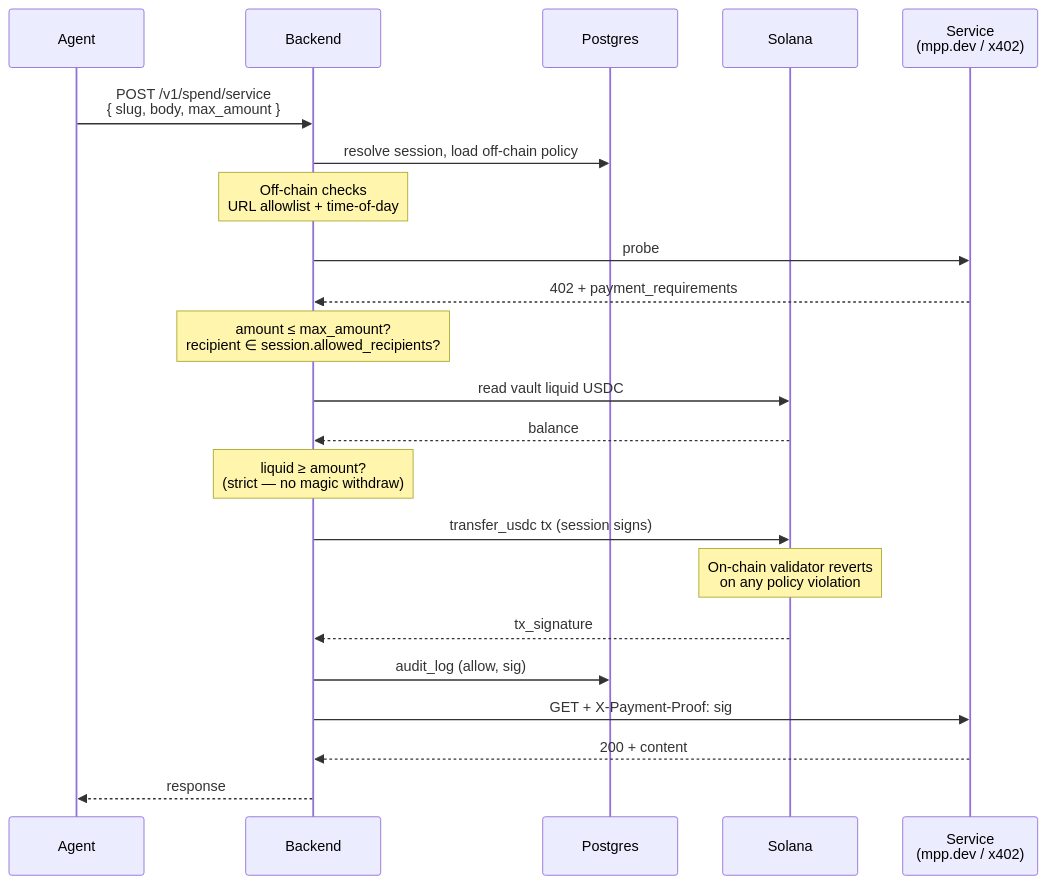
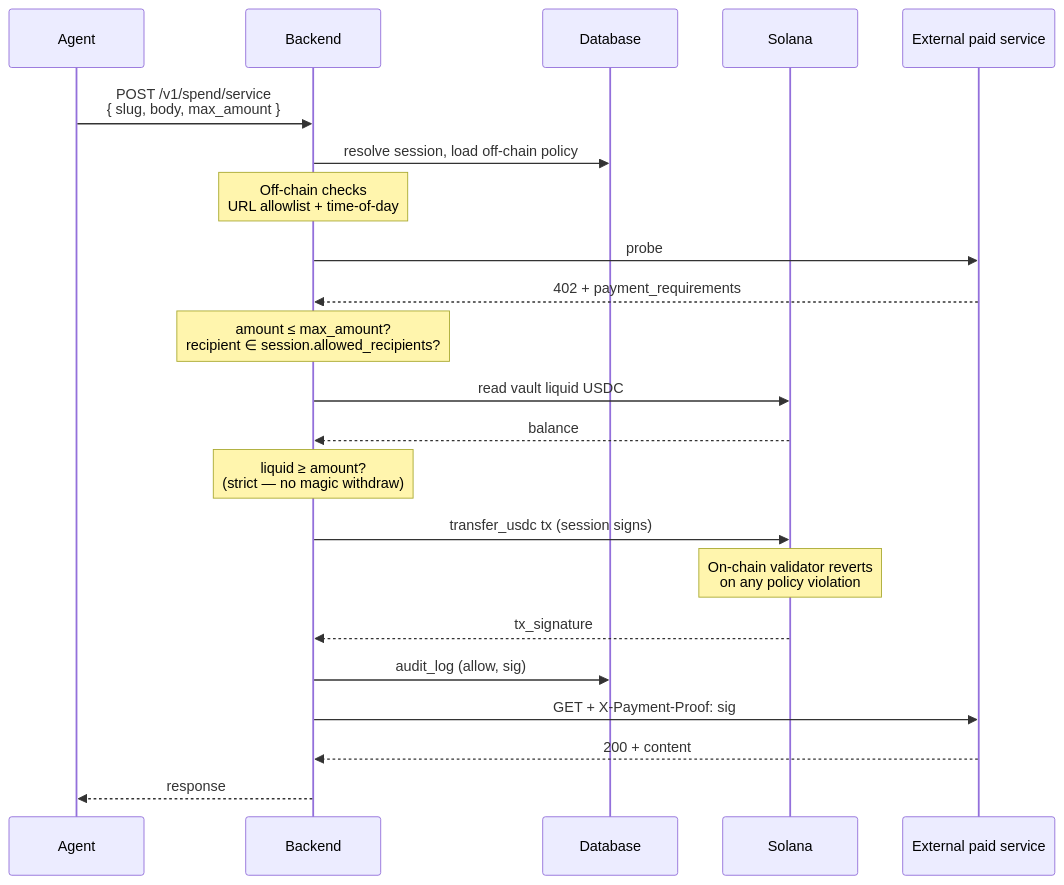
Before and after one commit to manjeetsharma0796/klink: the second of 2 diagrams in gitbook/architecture/overview.md, drawn with Mermaid. The commit also changed other lines of this file and 25 other files, not shown here.

````diff
--- a/gitbook/architecture/overview.md
+++ b/gitbook/architecture/overview.md
@@ -84,25 +82,25 @@
 ```mermaid
 sequenceDiagram
     participant Agent
     participant Backend
-    participant Postgres
+    participant DB as Database
     participant Solana
-    participant Service as Service<br/>(mpp.dev / x402)
+    participant Service as External paid service
 
     Agent->>Backend: POST /v1/spend/service<br/>{ slug, body, max_amount }
-    Backend->>Postgres: resolve session, load off-chain policy
+    Backend->>DB: resolve session, load off-chain policy
     Note over Backend: Off-chain checks<br/>URL allowlist + time-of-day
     Backend->>Service: probe
     Service-->>Backend: 402 + payment_requirements
     Note over Backend: amount ≤ max_amount?<br/>recipient ∈ session.allowed_recipients?
     Backend->>Solana: read vault liquid USDC
     Solana-->>Backend: balance
     Note over Backend: liquid ≥ amount?<br/>(strict — no magic withdraw)
     Backend->>Solana: transfer_usdc tx (session signs)
     Note over Solana: On-chain validator reverts<br/>on any policy violation
     Solana-->>Backend: tx_signature
-    Backend->>Postgres: audit_log (allow, sig)
+    Backend->>DB: audit_log (allow, sig)
     Backend->>Service: GET + X-Payment-Proof: sig
     Service-->>Backend: 200 + content
     Backend-->>Agent: response
 ```
````
